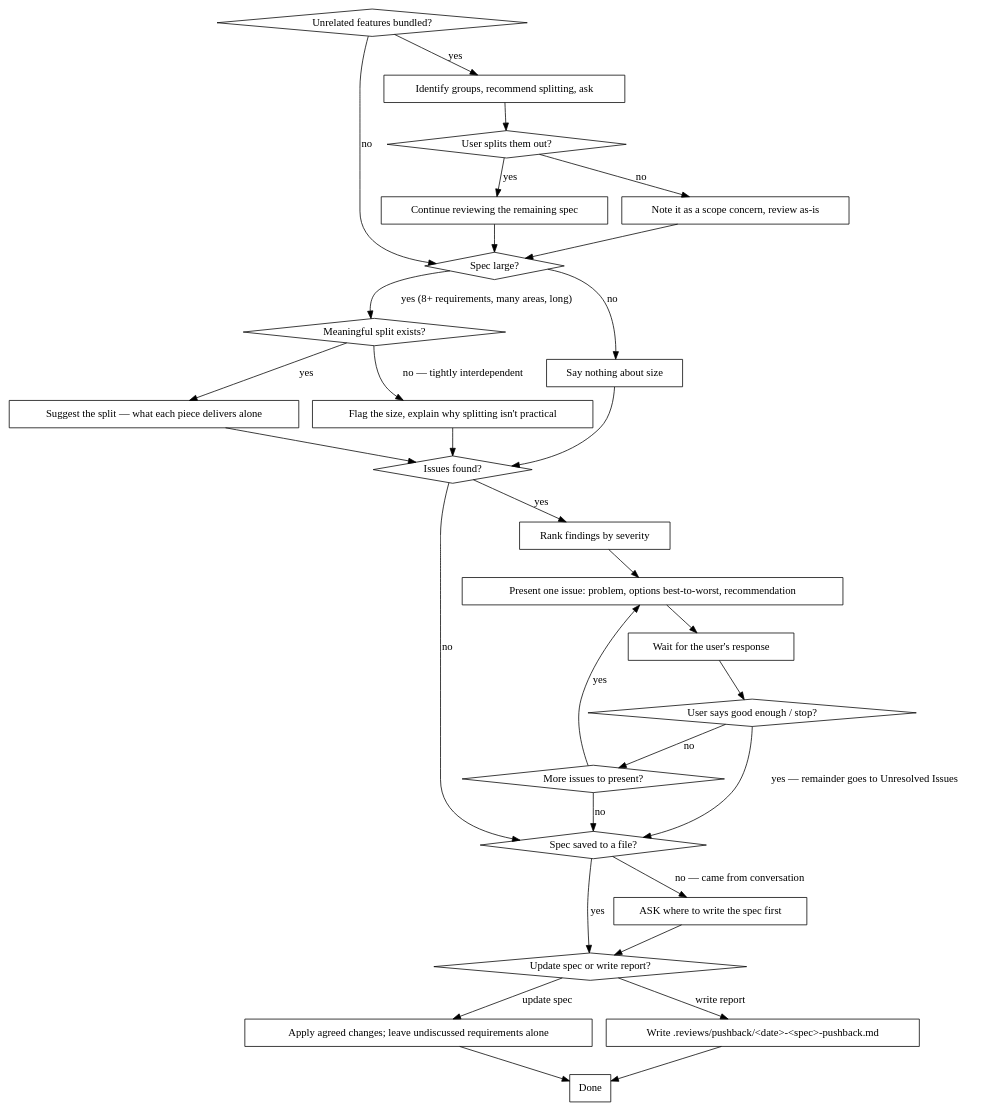
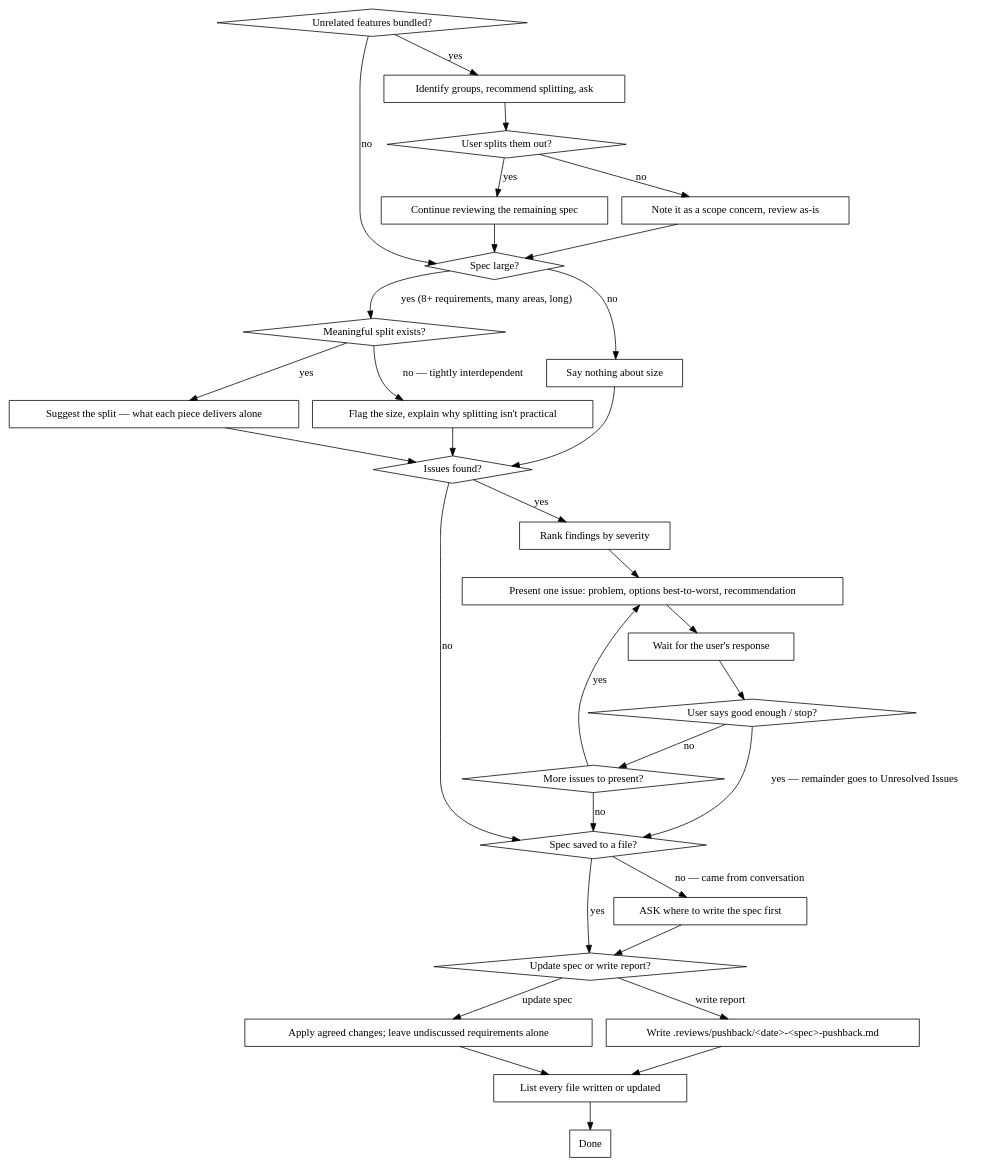
The second of 2 diagrams in kiro_and_antigravity/skills/.kiro/skills/pushback/SKILL.md (Ovid/paad), drawn with Graphviz before and after one commit. The commit also changed other lines of this file and 19 other files, not shown here.

````diff
--- a/kiro_and_antigravity/skills/.kiro/skills/pushback/SKILL.md
+++ b/kiro_and_antigravity/skills/.kiro/skills/pushback/SKILL.md
@@ -53,61 +53,63 @@
 ```dot
 digraph scope_critique_resolution {
   "Unrelated features bundled?" [shape=diamond];
   "User splits them out?" [shape=diamond];
   "Spec large?" [shape=diamond];
   "Meaningful split exists?" [shape=diamond];
   "Issues found?" [shape=diamond];
   "User says good enough / stop?" [shape=diamond];
   "More issues to present?" [shape=diamond];
   "Update spec or write report?" [shape=diamond];
   "Spec saved to a file?" [shape=diamond];
 
   "Identify groups, recommend splitting, ask" [shape=box];
   "Continue reviewing the remaining spec" [shape=box];
   "Note it as a scope concern, review as-is" [shape=box];
   "Suggest the split — what each piece delivers alone" [shape=box];
   "Flag the size, explain why splitting isn't practical" [shape=box];
   "Say nothing about size" [shape=box];
   "Rank findings by severity" [shape=box];
   "Present one issue: problem, options best-to-worst, recommendation" [shape=box];
   "Wait for the user's response" [shape=box];
   "ASK where to write the spec first" [shape=box];
   "Apply agreed changes; leave undiscussed requirements alone" [shape=box];
   "Write .reviews/pushback/<date>-<spec>-pushback.md" [shape=box];
+  "List every file written or updated" [shape=box];
   "Done" [shape=box];
 
   "Unrelated features bundled?" -> "Identify groups, recommend splitting, ask" [label="yes"];
   "Unrelated features bundled?" -> "Spec large?" [label="no"];
   "Identify groups, recommend splitting, ask" -> "User splits them out?";
   "User splits them out?" -> "Continue reviewing the remaining spec" [label="yes"];
   "User splits them out?" -> "Note it as a scope concern, review as-is" [label="no"];
   "Continue reviewing the remaining spec" -> "Spec large?";
   "Note it as a scope concern, review as-is" -> "Spec large?";
 
   "Spec large?" -> "Meaningful split exists?" [label="yes (8+ requirements, many areas, long)"];
   "Spec large?" -> "Say nothing about size" [label="no"];
   "Meaningful split exists?" -> "Suggest the split — what each piece delivers alone" [label="yes"];
   "Meaningful split exists?" -> "Flag the size, explain why splitting isn't practical" [label="no — tightly interdependent"];
   "Suggest the split — what each piece delivers alone" -> "Issues found?";
   "Flag the size, explain why splitting isn't practical" -> "Issues found?";
   "Say nothing about size" -> "Issues found?";
 
   "Issues found?" -> "Rank findings by severity" [label="yes"];
   "Issues found?" -> "Spec saved to a file?" [label="no"];
   "Rank findings by severity" -> "Present one issue: problem, options best-to-worst, recommendation";
   "Present one issue: problem, options best-to-worst, recommendation" -> "Wait for the user's response";
   "Wait for the user's response" -> "User says good enough / stop?";
   "User says good enough / stop?" -> "Spec saved to a file?" [label="yes — remainder goes to Unresolved Issues"];
   "User says good enough / stop?" -> "More issues to present?" [label="no"];
   "More issues to present?" -> "Present one issue: problem, options best-to-worst, recommendation" [label="yes"];
   "More issues to present?" -> "Spec saved to a file?" [label="no"];
 
   "Spec saved to a file?" -> "Update spec or write report?" [label="yes"];
   "Spec saved to a file?" -> "ASK where to write the spec first" [label="no — came from conversation"];
   "ASK where to write the spec first" -> "Update spec or write report?";
   "Update spec or write report?" -> "Apply agreed changes; leave undiscussed requirements alone" [label="update spec"];
   "Update spec or write report?" -> "Write .reviews/pushback/<date>-<spec>-pushback.md" [label="write report"];
-  "Apply agreed changes; leave undiscussed requirements alone" -> "Done";
-  "Write .reviews/pushback/<date>-<spec>-pushback.md" -> "Done";
+  "Apply agreed changes; leave undiscussed requirements alone" -> "List every file written or updated";
+  "Write .reviews/pushback/<date>-<spec>-pushback.md" -> "List every file written or updated";
+  "List every file written or updated" -> "Done";
 }
 ```
````
